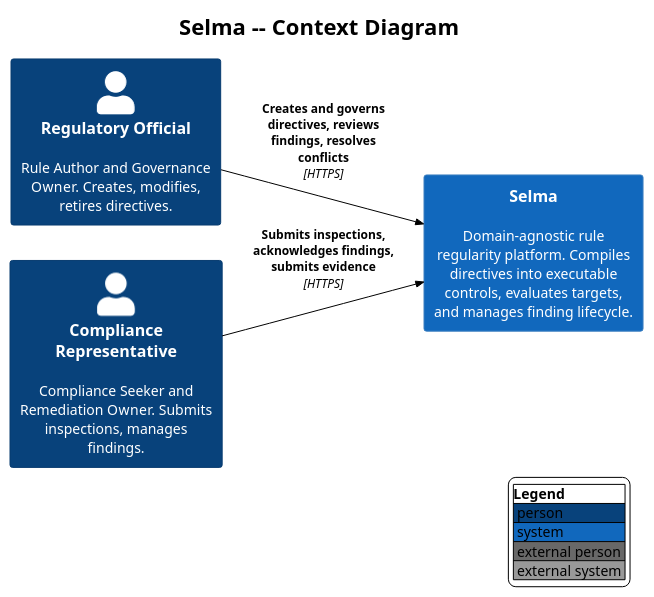
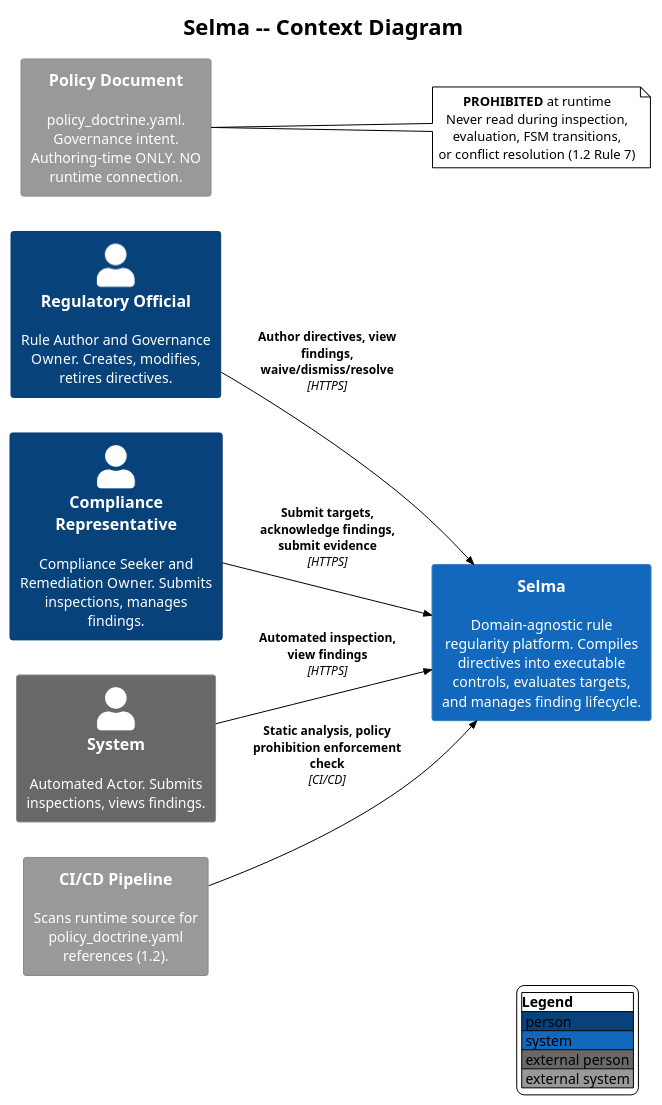
Before and after one commit to salimnamvar/selma: the diagram in docs/C4-Design/c4_selma_context.puml, drawn with PlantUML. The commit also changed other lines of this file and 7 other files, not shown here.

First line of the commit message:
docs(C4-Design): Enhance Selma documentation and diagrams for version 1.1.0

```diff
--- a/docs/C4-Design/c4_selma_context.puml
+++ b/docs/C4-Design/c4_selma_context.puml
@@ -10,18 +10,31 @@
 @startuml
 !include https://raw.githubusercontent.com/plantuml-stdlib/C4-PlantUML/v2.10.0/C4_Context.puml
 !theme plain
 
 LAYOUT_LEFT_RIGHT()
 LAYOUT_WITH_LEGEND()
 
 title Selma -- Context Diagram
 
 Person(regulatory_official, "Regulatory Official", "Rule Author and Governance Owner. Creates, modifies, retires directives.")
 Person(compliance_rep, "Compliance Representative", "Compliance Seeker and Remediation Owner. Submits inspections, manages findings.")
+Person_Ext(system_actor, "System", "Automated Actor. Submits inspections, views findings.")
 
 System(selma, "Selma", "Domain-agnostic rule regularity platform. Compiles directives into executable controls, evaluates targets, and manages finding lifecycle.")
 
-Rel(regulatory_official, selma, "Creates and governs directives, reviews findings, resolves conflicts", "HTTPS")
-Rel(compliance_rep, selma, "Submits inspections, acknowledges findings, submits evidence", "HTTPS")
+System_Ext(ci_pipeline, "CI/CD Pipeline", "Scans runtime source for policy_doctrine.yaml references (1.2).")
+System_Ext(policy_doc, "Policy Document", "policy_doctrine.yaml. Governance intent. Authoring-time ONLY. NO runtime connection.")
+
+Rel(regulatory_official, selma, "Author directives, view findings, waive/dismiss/resolve", "HTTPS")
+Rel(compliance_rep, selma, "Submit targets, acknowledge findings, submit evidence", "HTTPS")
+Rel(system_actor, selma, "Automated inspection, view findings", "HTTPS")
+Rel(ci_pipeline, selma, "Static analysis, policy prohibition enforcement check", "CI/CD")
+
+note right of policy_doc
+  **PROHIBITED** at runtime
+  Never read during inspection,
+  evaluation, FSM transitions,
+  or conflict resolution (1.2 Rule 7)
+end note
 
 @enduml
```
